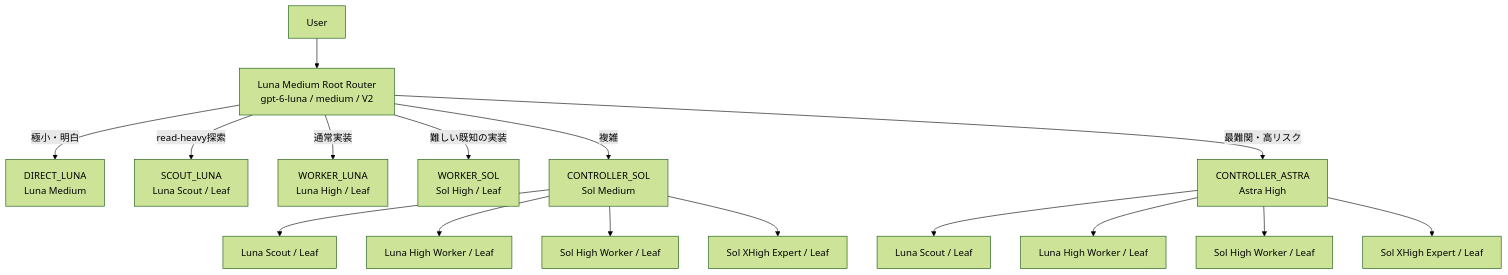
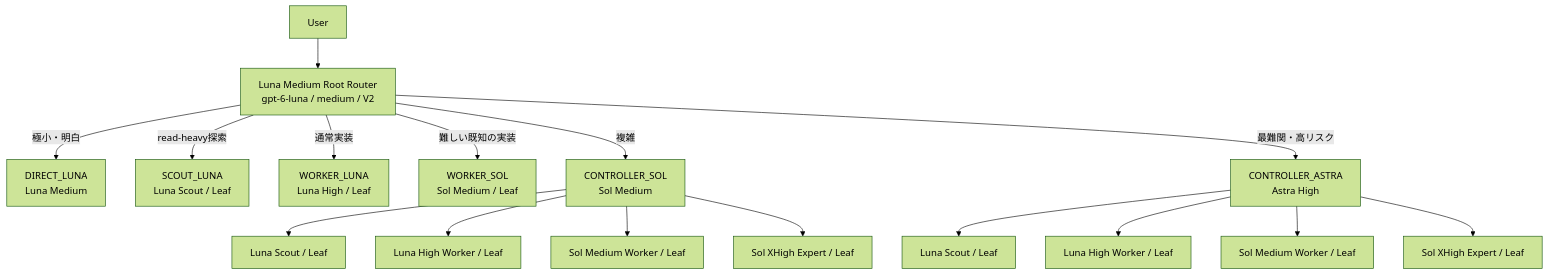
Before and after one commit to ten9miq/codex-multi-agent-orchestrator: the diagram in README.md, drawn with Mermaid (forest theme). The commit also changed other lines of this file and 6 other files, not shown here.

Commit message:
Use medium effort for Sol worker by default

````diff
--- a/README.md
+++ b/README.md
@@ -58,21 +58,21 @@
 ```mermaid
 flowchart TD
     U["User"] --> R["Luna Medium Root Router<br/>gpt-6-luna / medium / V2"]
 
     R -->|"極小・明白"| D["DIRECT_LUNA<br/>Luna Medium"]
     R -->|"read-heavy探索"| S["SCOUT_LUNA<br/>Luna Scout / Leaf"]
     R -->|"通常実装"| W["WORKER_LUNA<br/>Luna High / Leaf"]
-    R -->|"難しい既知の実装"| SW["WORKER_SOL<br/>Sol High / Leaf"]
+    R -->|"難しい既知の実装"| SW["WORKER_SOL<br/>Sol Medium / Leaf"]
     R -->|"複雑"| C["CONTROLLER_SOL<br/>Sol Medium"]
     R -->|"最難関・高リスク"| A["CONTROLLER_ASTRA<br/>Astra High"]
 
     C --> CS["Luna Scout / Leaf"]
     C --> CW["Luna High Worker / Leaf"]
-    C --> SCW["Sol High Worker / Leaf"]
+    C --> SCW["Sol Medium Worker / Leaf"]
     C --> CE["Sol XHigh Expert / Leaf"]
 
     A --> AS["Luna Scout / Leaf"]
     A --> AW["Luna High Worker / Leaf"]
-    A --> ASW["Sol High Worker / Leaf"]
+    A --> ASW["Sol Medium Worker / Leaf"]
     A --> AE["Sol XHigh Expert / Leaf"]
 ```
````
